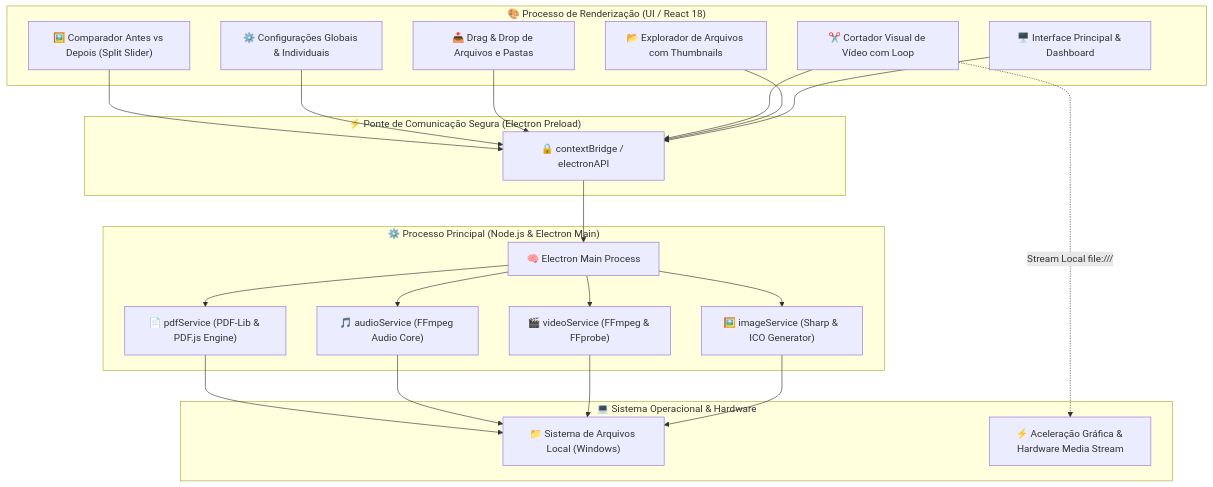
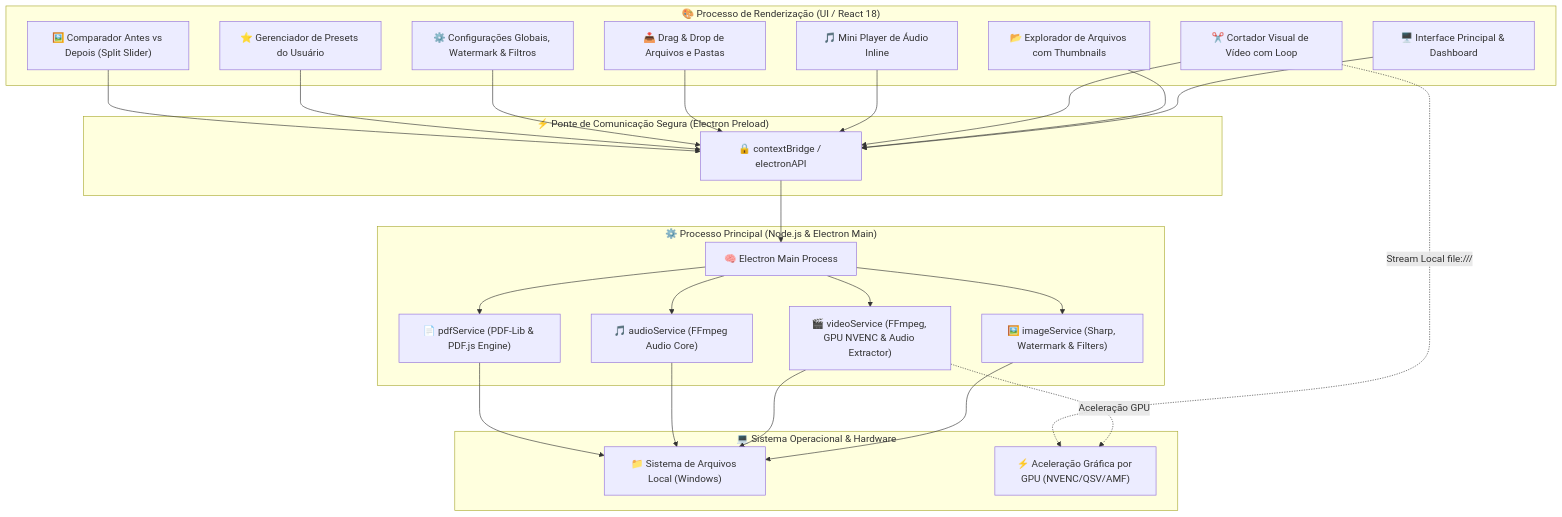
One commit to gui-bus/MediaMorph changed the diagram in README.md. Above: the diagram before and after it, drawn with Mermaid. The commit also changed other lines of this file and 17 other files, not shown here.

Commit message:
feat: expand MediaMorph with watermarking, image filters, GPU video acceleration, PDF merge/split, mini audio player, batch renaming and custom presets

````diff
--- a/README.md
+++ b/README.md
@@ -126,48 +126,53 @@
 ```mermaid
 graph TB
     subgraph Frontend ["🎨 Processo de Renderização (UI / React 18)"]
         UI["🖥️ Interface Principal & Dashboard"]
         Explorer["📂 Explorador de Arquivos com Thumbnails"]
         Trimmer["✂️ Cortador Visual de Vídeo com Loop"]
+        AudioPlayer["🎵 Mini Player de Áudio Inline"]
         Dropzone["📥 Drag & Drop de Arquivos e Pastas"]
-        Settings["⚙️ Configurações Globais & Individuais"]
+        Settings["⚙️ Configurações Globais, Watermark & Filtros"]
+        Presets["⭐ Gerenciador de Presets do Usuário"]
         Comparator["🖼️ Comparador Antes vs Depois (Split Slider)"]
     end
 
     subgraph IPC ["⚡ Ponte de Comunicação Segura (Electron Preload)"]
         Bridge["🔒 contextBridge / electronAPI"]
     end
 
     subgraph Backend ["⚙️ Processo Principal (Node.js & Electron Main)"]
         Main["🧠 Electron Main Process"]
-        ImgService["🖼️ imageService (Sharp & ICO Generator)"]
-        VidService["🎬 videoService (FFmpeg & FFprobe)"]
+        ImgService["🖼️ imageService (Sharp, Watermark & Filters)"]
+        VidService["🎬 videoService (FFmpeg, GPU NVENC & Audio Extractor)"]
         AudService["🎵 audioService (FFmpeg Audio Core)"]
         PdfService["📄 pdfService (PDF-Lib & PDF.js Engine)"]
     end
 
     subgraph Native ["💻 Sistema Operacional & Hardware"]
         FS["📁 Sistema de Arquivos Local (Windows)"]
-        HW["⚡ Aceleração Gráfica & Hardware Media Stream"]
+        HW["⚡ Aceleração Gráfica por GPU (NVENC/QSV/AMF)"]
     end
 
     UI --> Bridge
     Explorer --> Bridge
     Trimmer --> Bridge
+    AudioPlayer --> Bridge
     Dropzone --> Bridge
     Settings --> Bridge
+    Presets --> Bridge
     Comparator --> Bridge
 
     Bridge --> Main
     Main --> ImgService
     Main --> VidService
     Main --> AudService
     Main --> PdfService
 
     ImgService --> FS
     VidService --> FS
     AudService --> FS
     PdfService --> FS
 
+    VidService -.->|Aceleração GPU| HW
     Trimmer -.->|Stream Local file:///| HW
 ```
````
